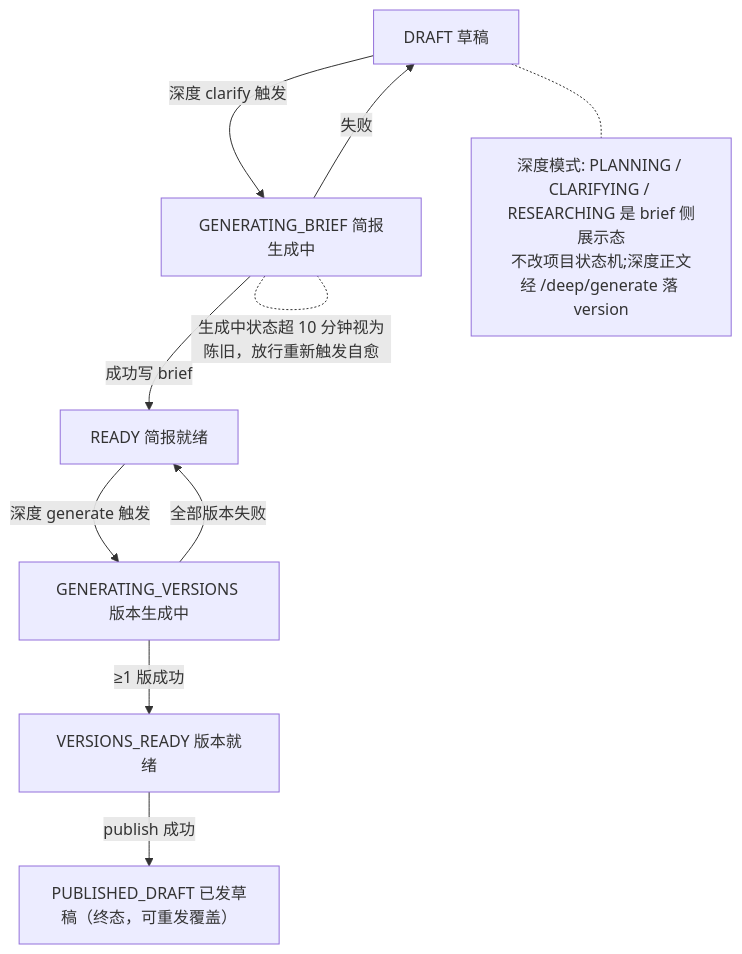
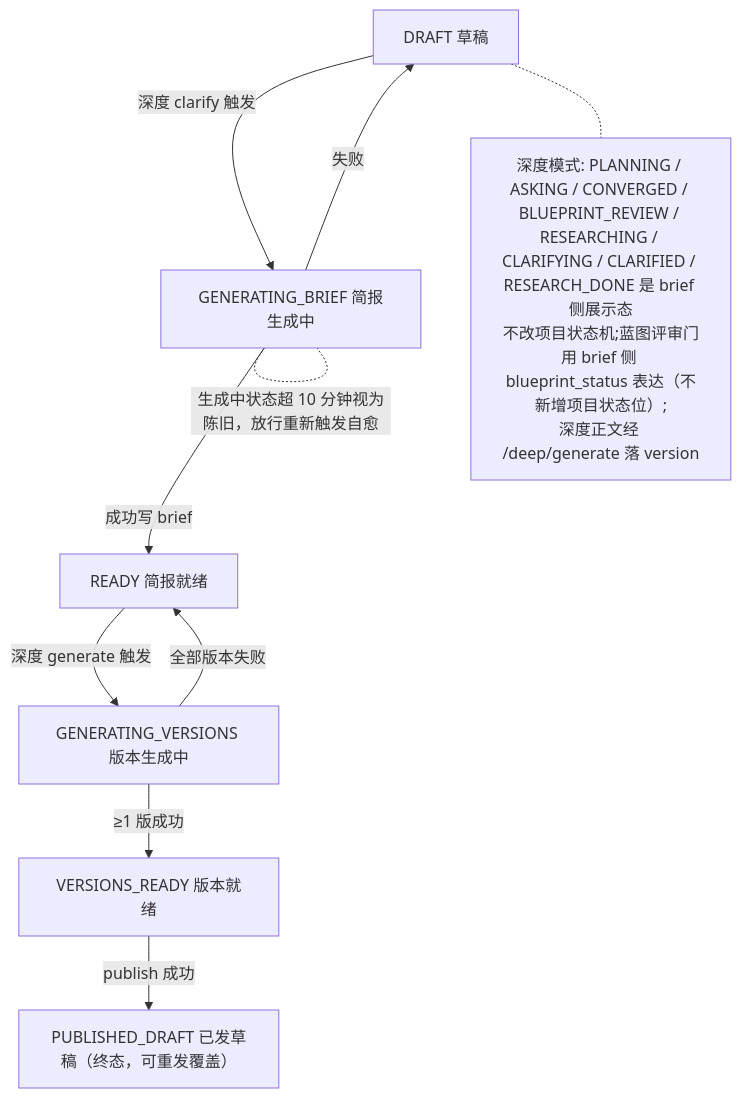
Before and after one commit to openshell/sparkora: the second of 2 diagrams in docs/article-generation-flow.md, drawn with Mermaid. The commit also changed other lines of this file and 4 other files, not shown here.

````diff
--- a/docs/article-generation-flow.md
+++ b/docs/article-generation-flow.md
@@ -54,13 +56,13 @@
 ```mermaid
 graph TD
     DRAFT["DRAFT 草稿"] -->|"深度 clarify 触发"| GB["GENERATING_BRIEF 简报生成中"]
     GB -->|"成功写 brief"| READY["READY 简报就绪"]
     GB -->|"失败"| DRAFT
     READY -->|"深度 generate 触发"| GV["GENERATING_VERSIONS 版本生成中"]
     GV -->|"≥1 版成功"| VR["VERSIONS_READY 版本就绪"]
     GV -->|"全部版本失败"| READY
     VR -->|"publish 成功"| PD["PUBLISHED_DRAFT 已发草稿（终态，可重发覆盖）"]
     GB -.生成中状态超 10 分钟视为陈旧，放行重新触发自愈.- GB
-    NOTE["深度模式: PLANNING / CLARIFYING / RESEARCHING 是 brief 侧展示态<br/>不改项目状态机;深度正文经 /deep/generate 落 version"]
+    NOTE["深度模式: PLANNING / ASKING / CONVERGED / BLUEPRINT_REVIEW / RESEARCHING / CLARIFYING / CLARIFIED / RESEARCH_DONE 是 brief 侧展示态<br/>不改项目状态机;蓝图评审门用 brief 侧 blueprint_status 表达（不新增项目状态位）;<br/>深度正文经 /deep/generate 落 version"]
     DRAFT -.- NOTE
 ```
````
